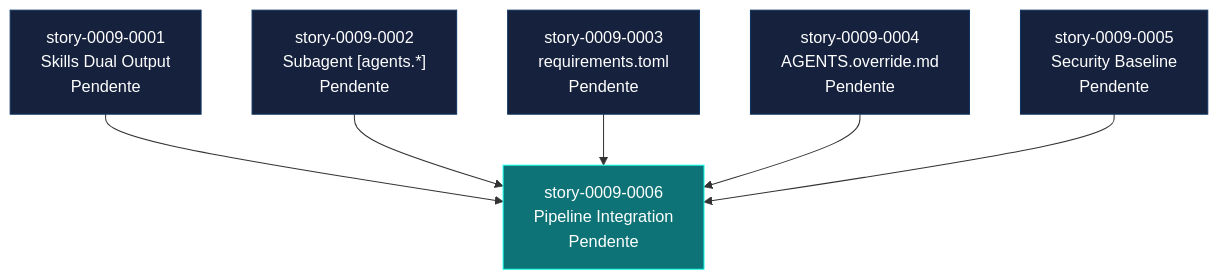
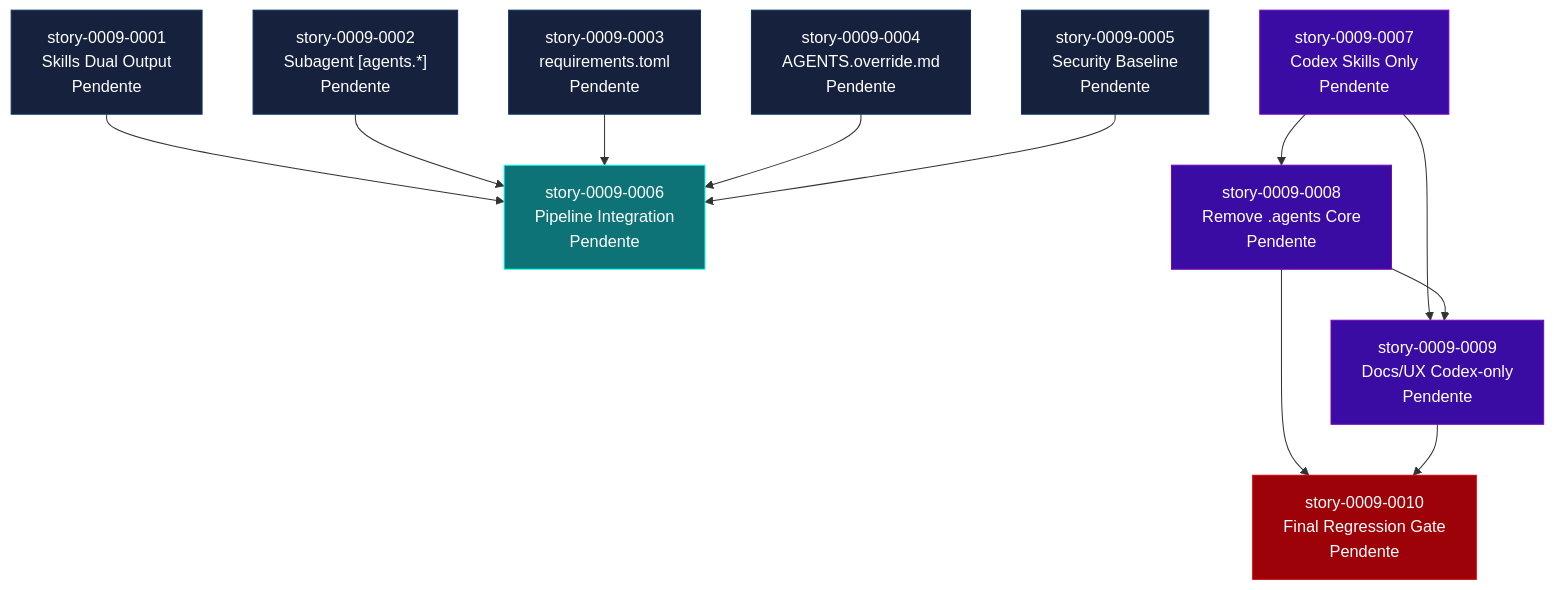
Before and after one commit to edercnj/ia-dev-environment: the diagram in docs/stories/epic-0009/IMPLEMENTATION-MAP.md, drawn with Mermaid. The commit also changed other lines of this file and 48 other files, not shown here.

First line of the commit message:
Refactor documentation and structure for Codex-only output

````diff
--- a/docs/stories/epic-0009/IMPLEMENTATION-MAP.md
+++ b/docs/stories/epic-0009/IMPLEMENTATION-MAP.md
@@ -88,21 +92,34 @@
 ```mermaid
 graph TD
     S001["story-0009-0001<br/>Skills Dual Output<br/>Pendente"]
     S002["story-0009-0002<br/>Subagent [agents.*]<br/>Pendente"]
     S003["story-0009-0003<br/>requirements.toml<br/>Pendente"]
     S004["story-0009-0004<br/>AGENTS.override.md<br/>Pendente"]
     S005["story-0009-0005<br/>Security Baseline<br/>Pendente"]
     S006["story-0009-0006<br/>Pipeline Integration<br/>Pendente"]
+    S007["story-0009-0007<br/>Codex Skills Only<br/>Pendente"]
+    S008["story-0009-0008<br/>Remove .agents Core<br/>Pendente"]
+    S009["story-0009-0009<br/>Docs/UX Codex-only<br/>Pendente"]
+    S010["story-0009-0010<br/>Final Regression Gate<br/>Pendente"]
 
     S001 --> S006
     S002 --> S006
     S003 --> S006
     S004 --> S006
     S005 --> S006
+    S007 --> S008
+    S007 --> S009
+    S008 --> S009
+    S008 --> S010
+    S009 --> S010
 
     classDef fase0 fill:#16213e,stroke:#0f3460,color:#fff
     classDef fase1 fill:#0d7377,stroke:#14ffec,color:#fff
+    classDef fase2 fill:#3a0ca3,stroke:#7209b7,color:#fff
+    classDef fase3 fill:#9d0208,stroke:#d00000,color:#fff
 
     class S001,S002,S003,S004,S005 fase0
     class S006 fase1
+    class S007,S008,S009 fase2
+    class S010 fase3
 ```
````
